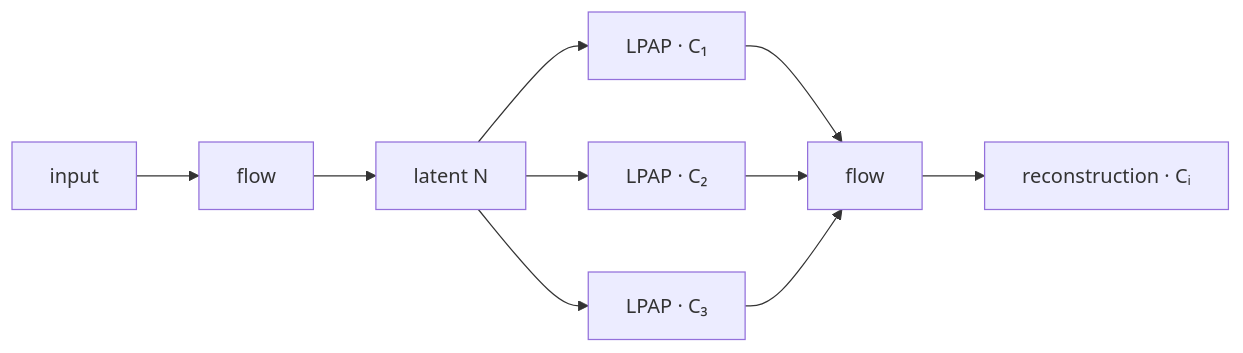
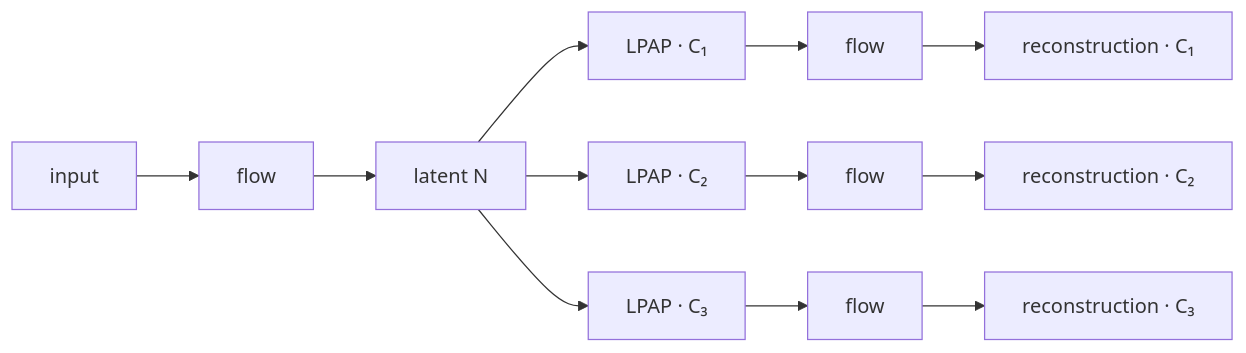
Before and after one commit to matovitch/lpap: the second of 2 diagrams in README.md, drawn with Mermaid. The commit also changed other lines of this file and 2 other files, not shown here.

````diff
--- a/README.md
+++ b/README.md
@@ -63,12 +64,14 @@
 ```mermaid
 flowchart LR
   x[input] --> fin[flow]
   fin --> e["latent N"]
   e --> c1["LPAP · C₁"]
   e --> c2["LPAP · C₂"]
   e --> c3["LPAP · C₃"]
-  c1 --> fout[flow]
-  c2 --> fout
-  c3 --> fout
-  fout --> xh["reconstruction · Cᵢ"]
+  c1 --> fout1[flow]
+  c2 --> fout2[flow]
+  c3 --> fout3[flow]
+  fout1 --> xh1["reconstruction · C₁"]
+  fout2 --> xh2["reconstruction · C₂"]
+  fout3 --> xh3["reconstruction · C₃"]
 ```
````
